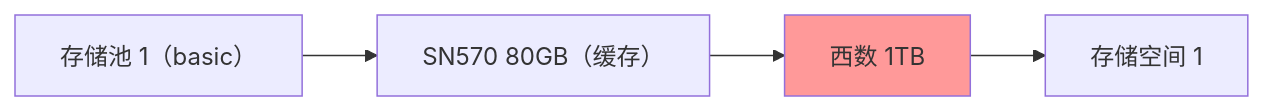
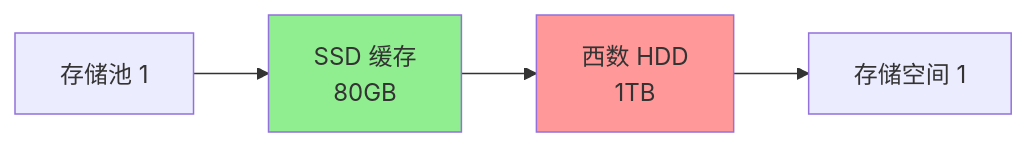
Before and after one commit to cxbdasheng/AIO: the first of 2 diagrams in docs/synology/ssd.md, drawn with Mermaid. The commit also changed other lines of this file and 2 other files, not shown here.

First line of the commit message:
docs(synology): 优化 SSD 缓存配置指南

````diff
--- a/docs/synology/ssd.md
+++ b/docs/synology/ssd.md
@@ -99,7 +99,8 @@
 ```mermaid
 graph LR
-    A[存储池 1（basic）] --> D[SN570 80GB（缓存）]
-    D-->B[西数 1TB]
+    A[存储池 1] --> D[SSD 缓存<br/>80GB]
+    D --> B[西数 HDD<br/>1TB]
     B --> C[存储空间 1]
-     style B fill:#ff9999
+    style D fill:#90EE90
+    style B fill:#ff9999
 ```
````
